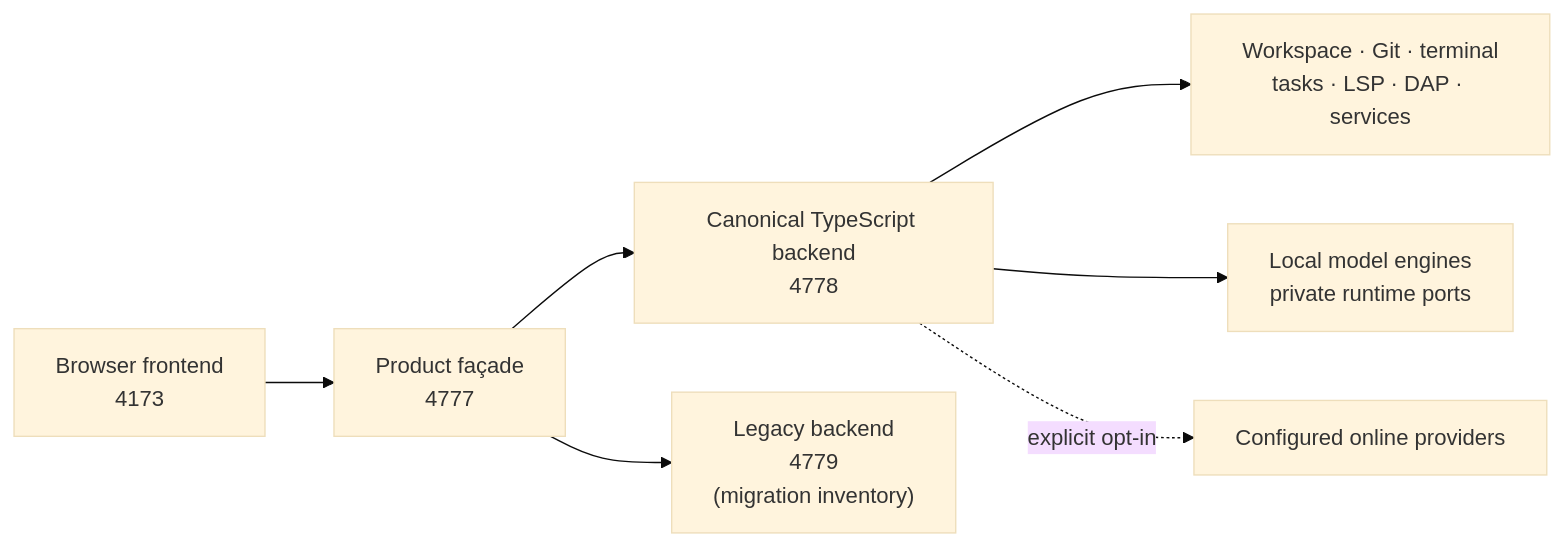
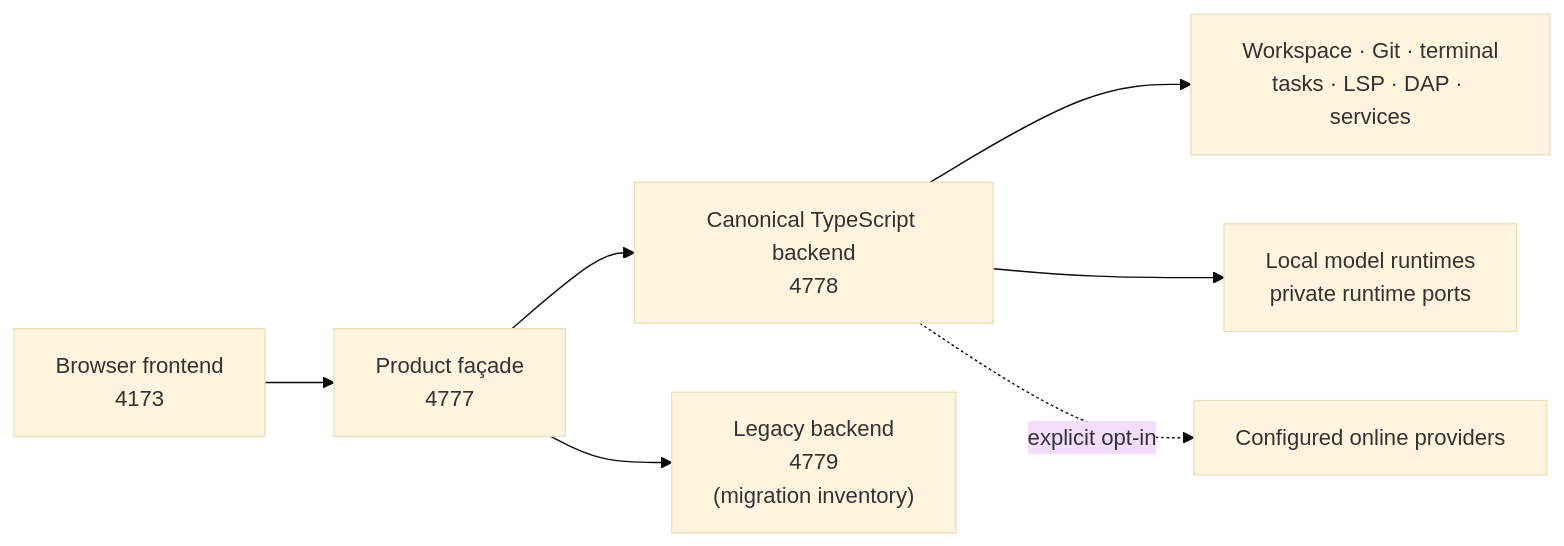
Before and after one commit to AnonymousNomad/covert-coder: the diagram in README.md, drawn with Mermaid (base theme). The commit also changed other lines of this file, not shown here.

````diff
--- a/README.md
+++ b/README.md
@@ -116,9 +96,9 @@
 ```mermaid
 flowchart LR
   UI["Browser frontend<br/>4173"] --> EDGE["Product façade<br/>4777"]
   EDGE --> TS["Canonical TypeScript backend<br/>4778"]
   EDGE --> LEGACY["Legacy backend<br/>4779<br/>(migration inventory)"]
   TS --> CAP["Workspace · Git · terminal<br/>tasks · LSP · DAP · services"]
-  TS --> LOCAL["Local model engines<br/>private runtime ports"]
+  TS --> LOCAL["Local model runtimes<br/>private runtime ports"]
   TS -. "explicit opt-in" .-> CLOUD["Configured online providers"]
 ```
````
